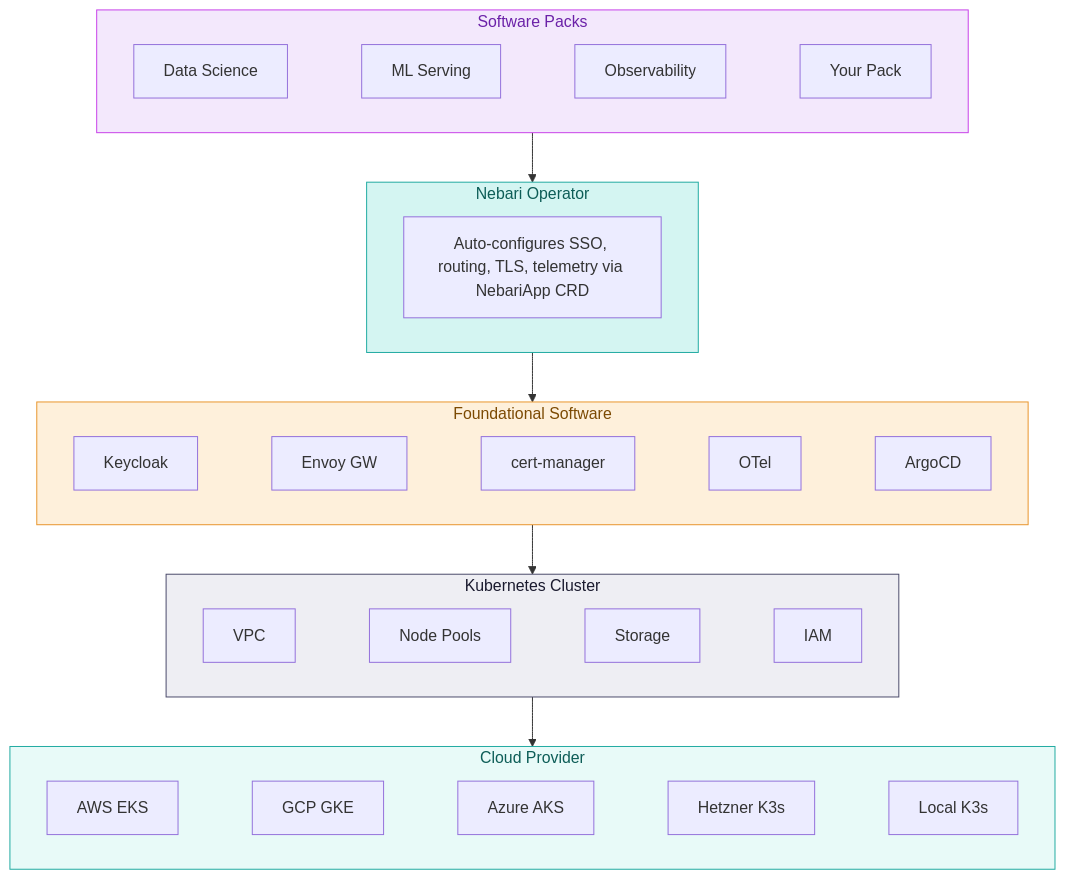
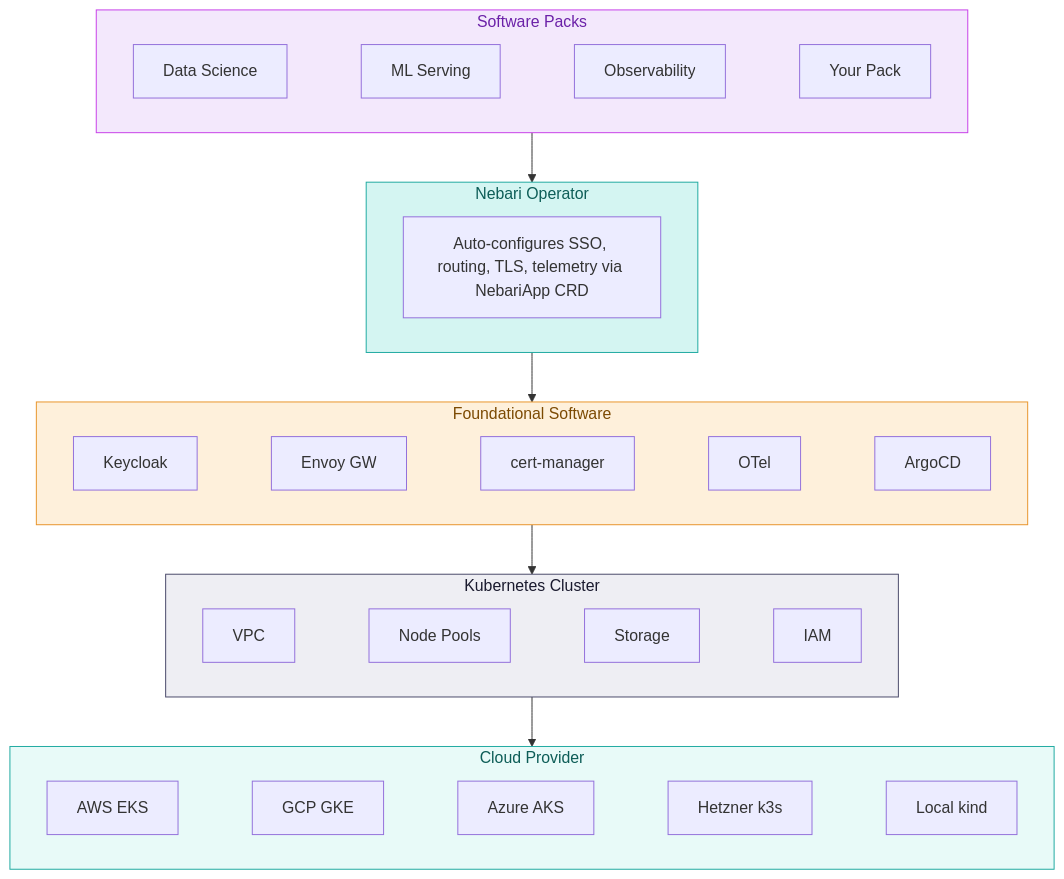
The diagram in README.md (nebari-dev/nebari-infrastructure-core), drawn with Mermaid before and after one commit. The commit also changed other lines of this file and 13 other files, not shown here.

First line of the commit message:
Update local provider to deploy a kind cluster (#400)

````diff
--- a/README.md
+++ b/README.md
@@ -73,34 +73,34 @@
 ```mermaid
 flowchart TD
   subgraph SP["Software Packs"]
     direction LR
     ds["Data Science"] ~~~ ml["ML Serving"] ~~~ obs["Observability"] ~~~ custom["Your Pack"]
   end
 
   subgraph NO["Nebari Operator"]
     op["Auto-configures SSO, routing, TLS, telemetry via NebariApp CRD"]
   end
 
   subgraph FS["Foundational Software"]
     direction LR
     kc["Keycloak"] ~~~ eg["Envoy GW"] ~~~ cm["cert-manager"] ~~~ ot["OTel"] ~~~ ac["ArgoCD"]
   end
 
   subgraph K8["Kubernetes Cluster"]
     direction LR
     vpc["VPC"] ~~~ np["Node Pools"] ~~~ st["Storage"] ~~~ iam["IAM"]
   end
 
   subgraph CP["Cloud Provider"]
     direction LR
-    aws["AWS EKS"] ~~~ gcp["GCP GKE"] ~~~ az["Azure AKS"] ~~~ hz["Hetzner K3s"] ~~~ k3s["Local K3s"]
+    aws["AWS EKS"] ~~~ gcp["GCP GKE"] ~~~ az["Azure AKS"] ~~~ hz["Hetzner k3s"] ~~~ knd["Local kind"]
   end
 
   SP --> NO --> FS --> K8 --> CP
 
   style SP fill:#f3e8fc,stroke:#c840e9,color:#6b21a8
   style NO fill:#d4f5f2,stroke:#20aaa1,color:#0d5d57
   style FS fill:#fef0db,stroke:#e8952c,color:#7c4a03
   style K8 fill:#eeeef3,stroke:#4a4a6a,color:#1a1a2e
   style CP fill:#e8faf8,stroke:#20aaa1,color:#0d5d57
 ```
````
